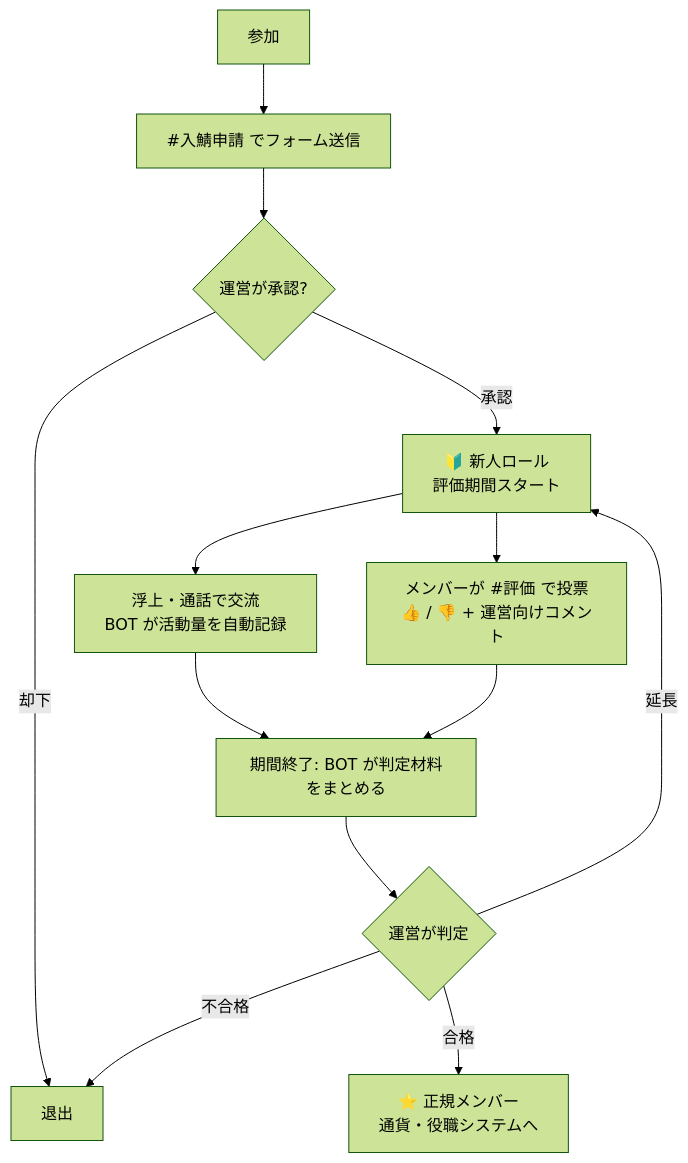
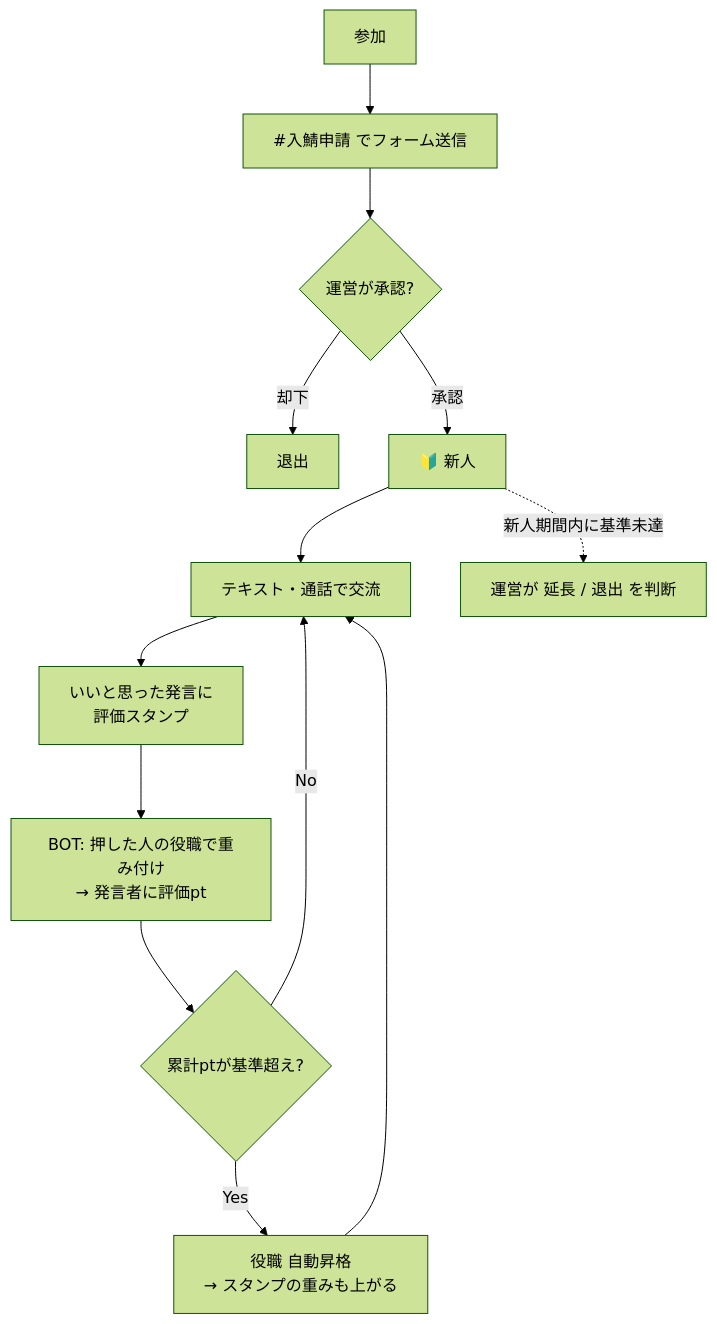
One commit to manakikido-jpg/evaluation changed the first of 2 diagrams in docs/design.md. Above: the diagram before and after it, drawn with Mermaid (forest theme). The commit also changed other lines of this file, not shown here.

````diff
--- a/docs/design.md
+++ b/docs/design.md
@@ -35,15 +52,15 @@
 ```mermaid
 flowchart TD
     A[参加] --> B[#入鯖申請 でフォーム送信]
     B --> C{運営が承認?}
     C -->|却下| X[退出]
-    C -->|承認| D[🔰 新人ロール<br/>評価期間スタート]
-    D --> E[浮上・通話で交流<br/>BOT が活動量を自動記録]
-    D --> F[メンバーが #評価 で投票<br/>👍 / 👎 + 運営向けコメント]
-    E --> G[期間終了: BOT が判定材料をまとめる]
-    F --> G
-    G --> H{運営が判定}
-    H -->|合格| I[⭐ 正規メンバー<br/>通貨・役職システムへ]
-    H -->|延長| D
-    H -->|不合格| X
+    C -->|承認| D[🔰 新人]
+    D --> E[テキスト・通話で交流]
+    E --> F[いいと思った発言に<br/>評価スタンプ]
+    F --> G[BOT: 押した人の役職で重み付け<br/>→ 発言者に評価pt]
+    G --> H{累計ptが基準超え?}
+    H -->|Yes| I[役職 自動昇格<br/>→ スタンプの重みも上がる]
+    H -->|No| E
+    I --> E
+    D -.->|新人期間内に基準未達| J[運営が 延長 / 退出 を判断]
 ```
````
